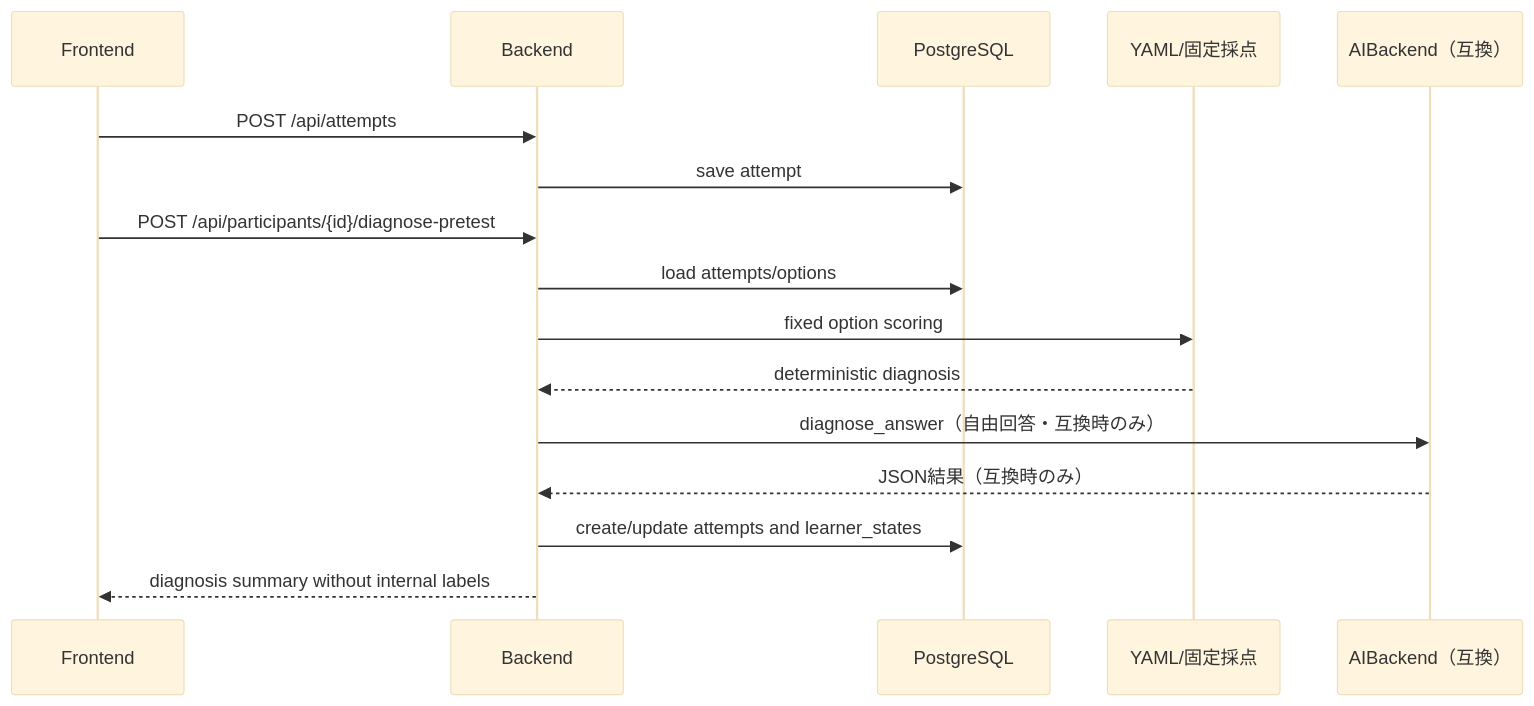
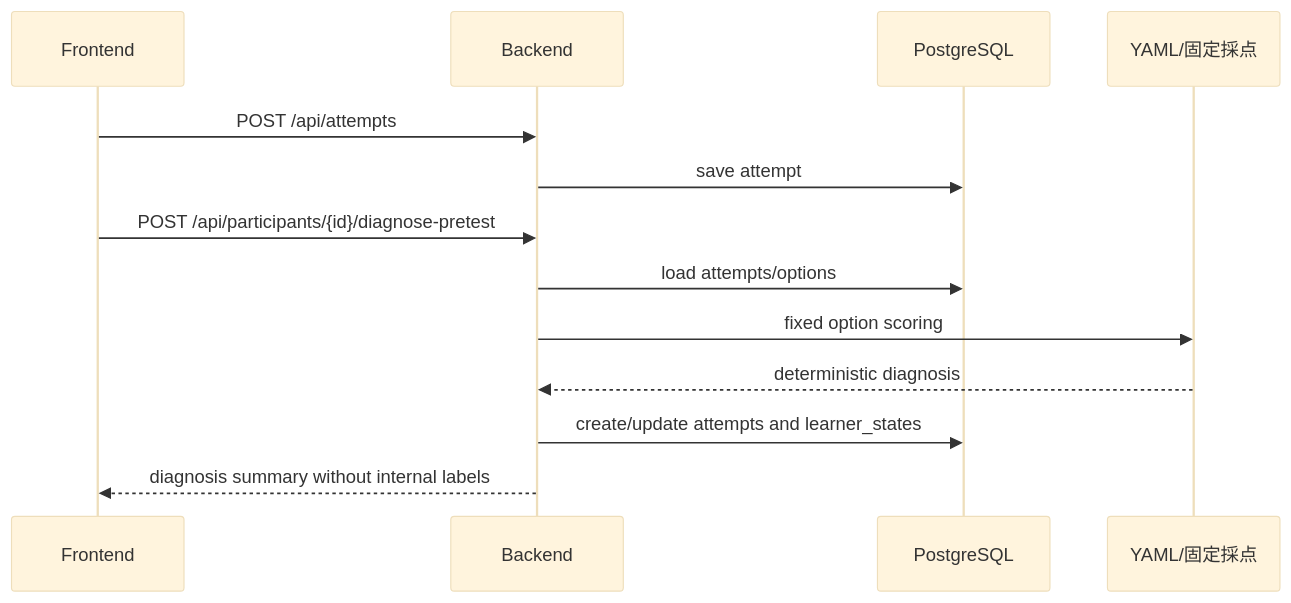
One commit to Hiroki252516/gogainen_bot changed the first of 3 diagrams in docs/05_system_architecture.md. Above: the diagram before and after it, drawn with Mermaid (base theme). The commit also changed other lines of this file and 80 other files, not shown here.

````diff
--- a/docs/05_system_architecture.md
+++ b/docs/05_system_architecture.md
@@ -144,18 +140,15 @@
 ```mermaid
 sequenceDiagram
   participant F as Frontend
   participant B as Backend
   participant DB as PostgreSQL
   participant Y as YAML/固定採点
-  participant AI as AIBackend（互換）
   F->>B: POST /api/attempts
   B->>DB: save attempt
   F->>B: POST /api/participants/{id}/diagnose-pretest
   B->>DB: load attempts/options
   B->>Y: fixed option scoring
   Y-->>B: deterministic diagnosis
-  B->>AI: diagnose_answer（自由回答・互換時のみ）
-  AI-->>B: JSON結果（互換時のみ）
   B->>DB: create/update attempts and learner_states
   B-->>F: diagnosis summary without internal labels
 ```
````
